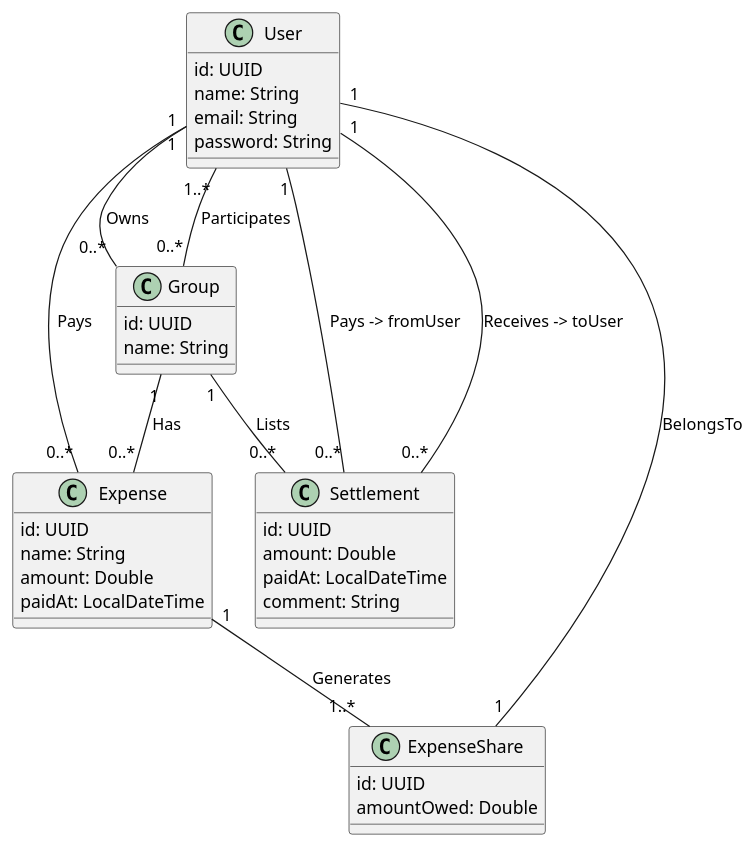
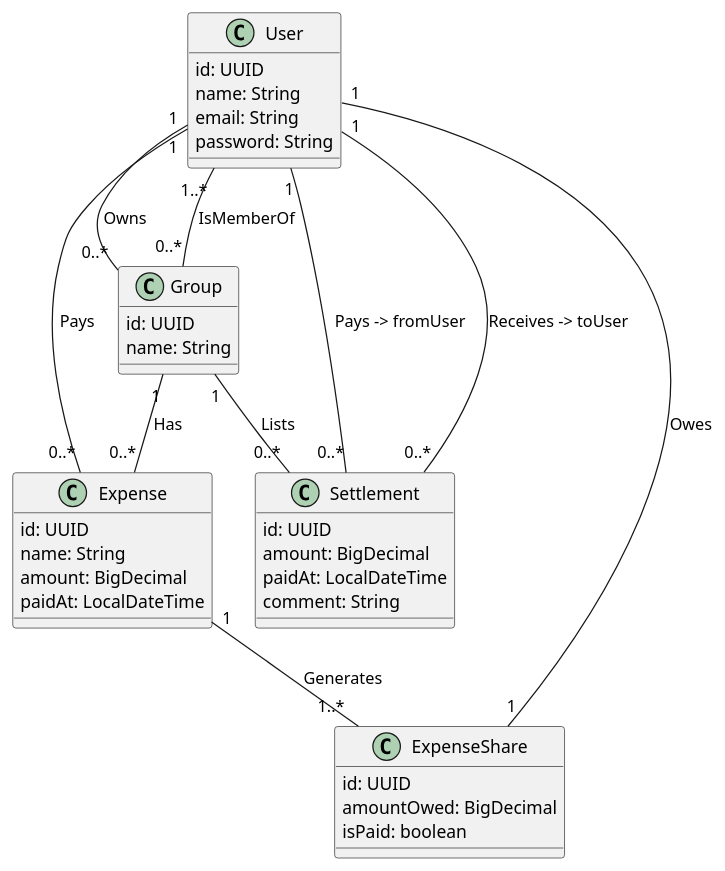
One commit to mlangumier/project-rest-api changed the diagram in assets/class_diagram.puml. Above: the diagram before and after it, drawn with PlantUML. The commit also changed 20 other files, not shown here.

```diff
--- a/assets/class_diagram.puml
+++ b/assets/class_diagram.puml
@@ -1,46 +1,47 @@
 @startuml
 
 class User {
     id: UUID
     name: String
     email: String
     password: String
 }
 
 class Group {
     id: UUID
     name: String
 }
 
 class Expense {
     id: UUID
     name: String
-    amount: Double
+    amount: BigDecimal
     paidAt: LocalDateTime
 }
 
 class ExpenseShare {
     id: UUID
-    amountOwed: Double
+    amountOwed: BigDecimal
+    isPaid: boolean
 }
 
 class Settlement {
     id: UUID
-    amount: Double
+    amount: BigDecimal
     paidAt: LocalDateTime
     comment: String
 }
 
 User "1" -- "0..*" Group: Owns
-User "1..*" -- "0..*" Group: Participates
+User "1..*" -- "0..*" Group: IsMemberOf
 
 Group "1" -- "0..*" Expense: Has
 User "1" -- "0..*" Expense: Pays
 Expense "1" -- "1..*" ExpenseShare: Generates
-ExpenseShare "1" -- "1" User: BelongsTo
+ExpenseShare "1" -- "1" User: Owes
 
 User "1" -- "0..*" Settlement: Pays -> fromUser
 User "1" -- "0..*" Settlement: Receives -> toUser
 Group "1" -- "0..*" Settlement: Lists
 
 @enduml
```
